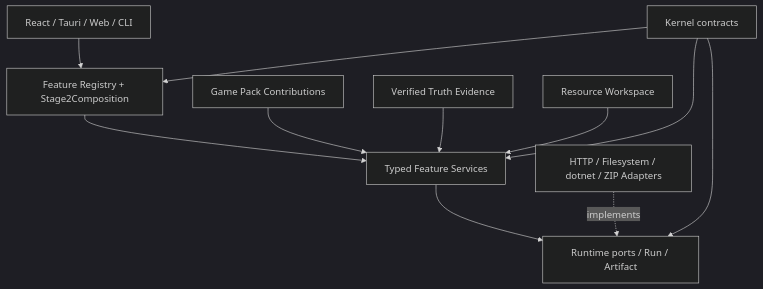
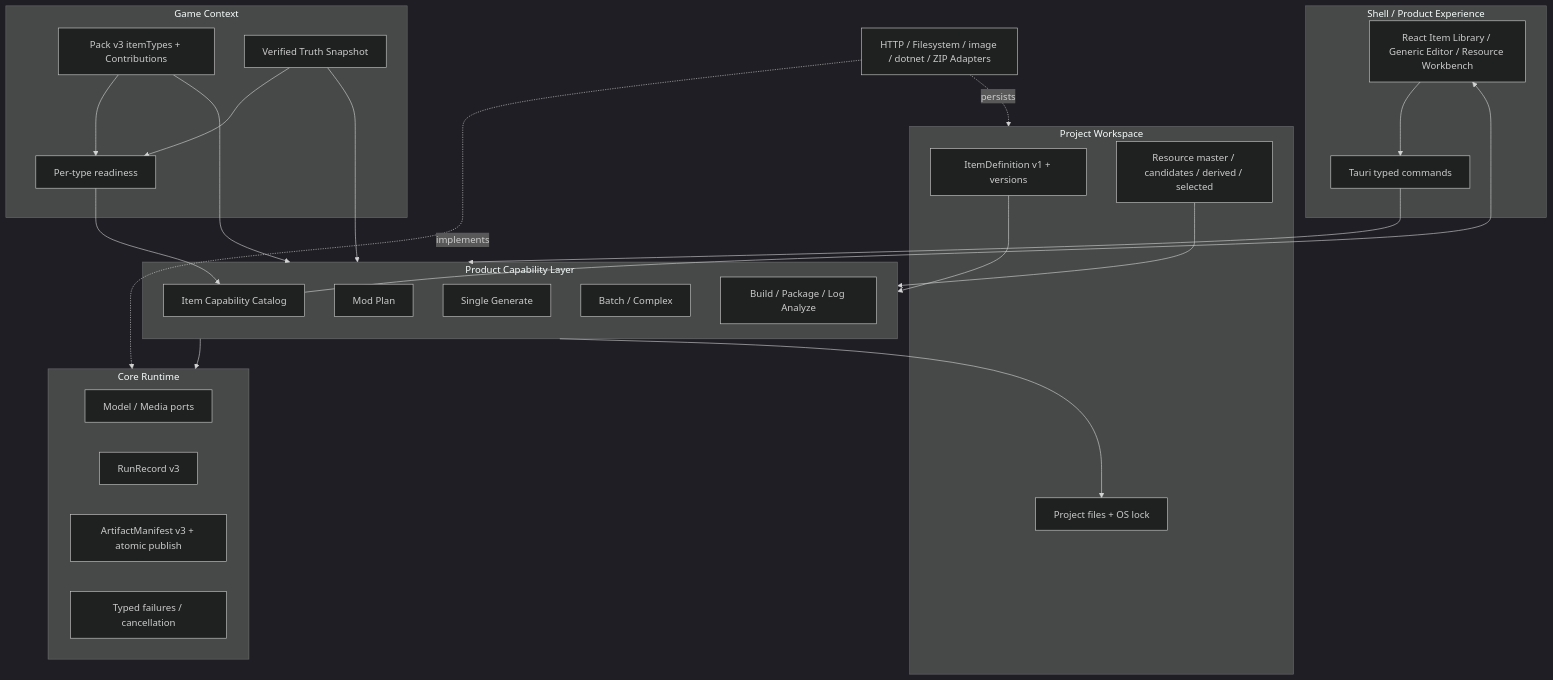
The first of 2 diagrams in docs/03-当前方案/当前方案.md (Frashmeat/AgentForSTS2), drawn with Mermaid (dark theme) before and after one commit. The commit also changed other lines of this file and 24 other files, not shown here.

Commit message:
feat(pack): establish item contracts and readiness

````diff
--- a/docs/03-当前方案/当前方案.md
+++ b/docs/03-当前方案/当前方案.md
@@ -17,13 +15,50 @@
 ```mermaid
 flowchart TB
-    Shell[React / Tauri / Web / CLI] --> Facade[Feature Registry + Stage2Composition]
-    Facade --> Feature[Typed Feature Services]
-    Pack[Game Pack Contributions] --> Feature
-    Truth[Verified Truth Evidence] --> Feature
-    Resources[Resource Workspace] --> Feature
-    Feature --> Runtime[Runtime ports / Run / Artifact]
-    Adapters[HTTP / Filesystem / dotnet / ZIP Adapters] -. implements .-> Runtime
-    Kernel[Kernel contracts] --> Facade
-    Kernel --> Feature
-    Kernel --> Runtime
+    subgraph Shell[Shell / Product Experience]
+        React[React Item Library / Generic Editor / Resource Workbench]
+        Tauri[Tauri typed commands]
+    end
+
+    subgraph Capability[Product Capability Layer]
+        Catalog[Item Capability Catalog]
+        Plan[Mod Plan]
+        Single[Single Generate]
+        Batch[Batch / Complex]
+        Build[Build / Package / Log Analyze]
+    end
+
+    subgraph Game[Game Context]
+        Pack[Pack v3 itemTypes + Contributions]
+        Truth[Verified Truth Snapshot]
+        Ready[Per-type readiness]
+    end
+
+    subgraph Workspace[Project Workspace]
+        Items[ItemDefinition v1 + versions]
+        Resources[Resource master / candidates / derived / selected]
+        Project[Project files + OS lock]
+    end
+
+    subgraph Core[Core Runtime]
+        Model[Model / Media ports]
+        Run[RunRecord v3]
+        Artifact[ArtifactManifest v3 + atomic publish]
+        Failure[Typed failures / cancellation]
+    end
+
+    Adapters[HTTP / Filesystem / image / dotnet / ZIP Adapters]
+
+    Pack --> Ready
+    Truth --> Ready
+    Ready --> Catalog
+    Catalog --> React
+    React --> Tauri --> Capability
+    Pack --> Capability
+    Truth --> Capability
+    Items --> Capability
+    Resources --> Capability
+    Capability --> Core
+    Capability --> Project
+    Adapters -. implements .-> Core
+    Adapters -. persists .-> Workspace
 ```
````
